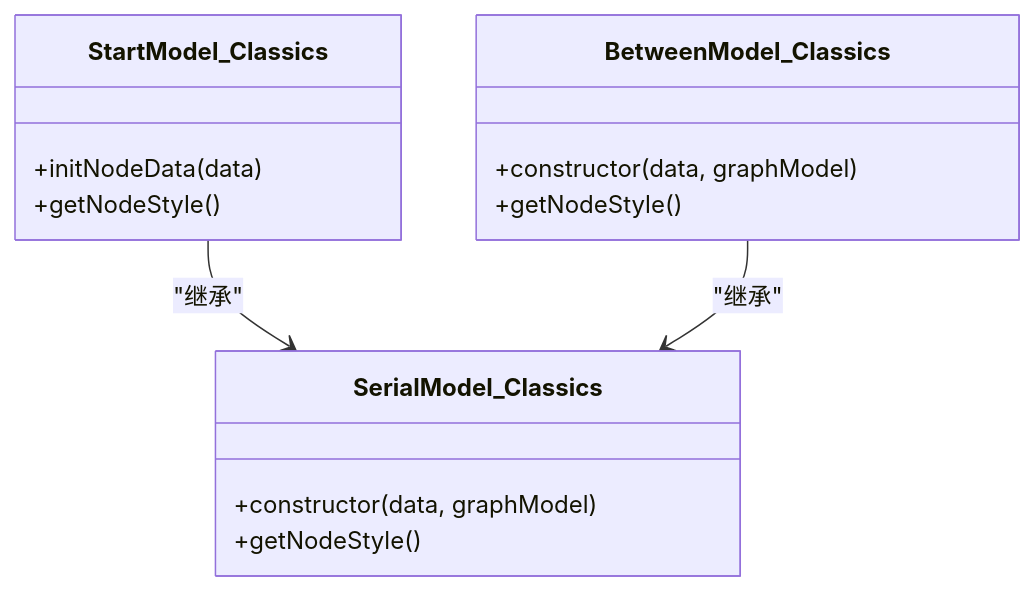
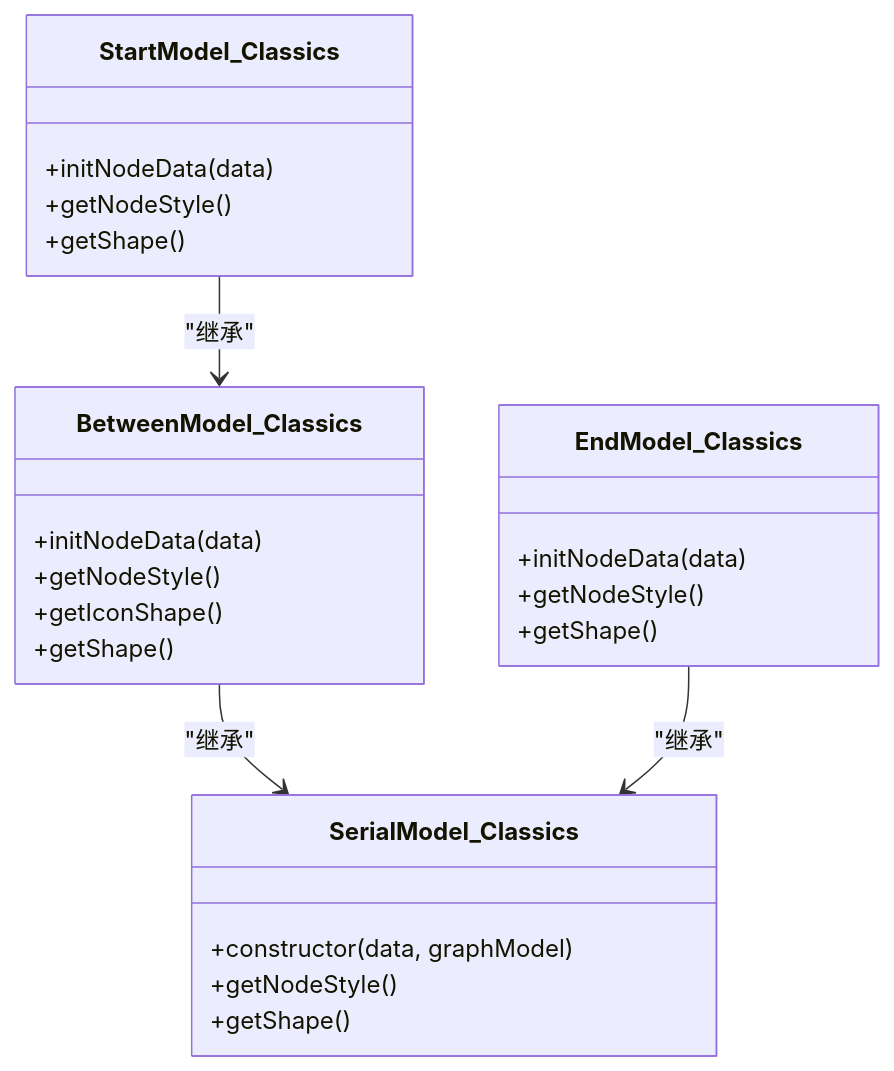
One commit to dromara/warm-flow changed the third of 8 diagrams in .qoder/repowiki/zh/content/可视化设计器/设计模型系统.md. Above: the diagram before and after it, drawn with Mermaid. The commit also changed other lines of this file and 18 other files, not shown here.

````diff
--- a/.qoder/repowiki/zh/content/可视化设计器/设计模型系统.md
+++ b/.qoder/repowiki/zh/content/可视化设计器/设计模型系统.md
@@ -144,17 +179,27 @@
 ```mermaid
 classDiagram
 class StartModel_Classics {
 +initNodeData(data)
 +getNodeStyle()
++getShape()
+}
+class BetweenModel_Classics {
++initNodeData(data)
++getNodeStyle()
++getIconShape()
++getShape()
+}
+class EndModel_Classics {
++initNodeData(data)
++getNodeStyle()
++getShape()
 }
 class SerialModel_Classics {
 +constructor(data, graphModel)
 +getNodeStyle()
++getShape()
 }
-class BetweenModel_Classics {
-+constructor(data, graphModel)
-+getNodeStyle()
-}
-StartModel_Classics --> SerialModel_Classics : "继承"
+StartModel_Classics --> BetweenModel_Classics : "继承"
 BetweenModel_Classics --> SerialModel_Classics : "继承"
+EndModel_Classics --> SerialModel_Classics : "继承"
 ```
````
